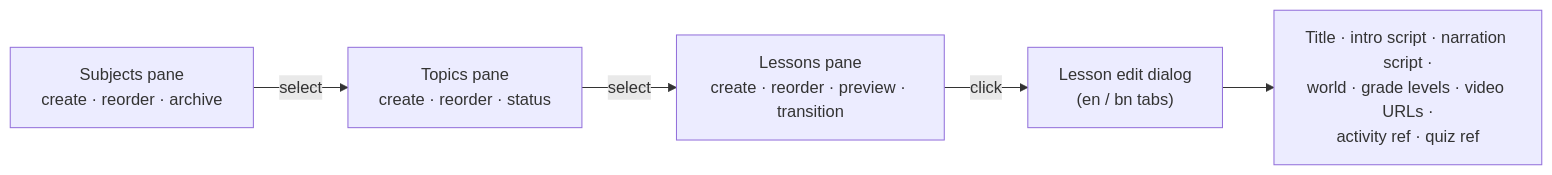
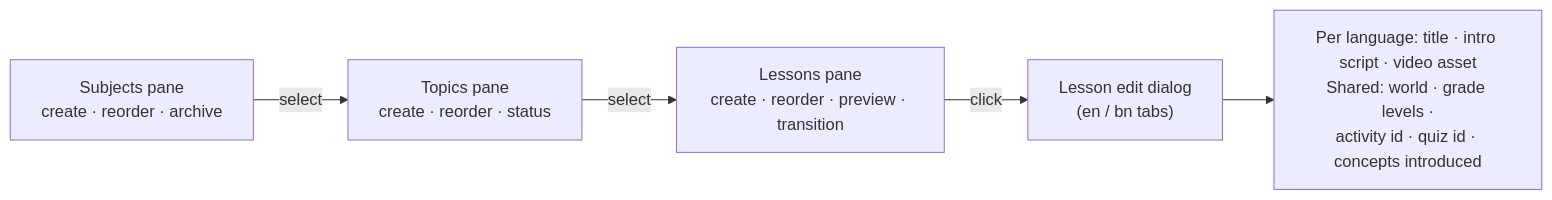
Diagram 21 of 26 in document/user-journey-manual.md (salmanbd100/kidlearn), drawn with Mermaid before and after one commit. The commit also changed other lines of this file and 43 other files, not shown here.

````diff
--- a/document/user-journey-manual.md
+++ b/document/user-journey-manual.md
@@ -568,7 +573,7 @@
 ```mermaid
 flowchart LR
     Subjects["Subjects pane<br/>create · reorder · archive"] -->|select| Topics["Topics pane<br/>create · reorder · status"]
     Topics -->|select| Lessons["Lessons pane<br/>create · reorder · preview · transition"]
     Lessons -->|click| Form["Lesson edit dialog<br/>(en / bn tabs)"]
-    Form --> Fields["Title · intro script · narration script ·<br/>world · grade levels · video URLs ·<br/>activity ref · quiz ref"]
+    Form --> Fields["Per language: title · intro script · video asset<br/>Shared: world · grade levels ·<br/>activity id · quiz id · concepts introduced"]
 ```
````
